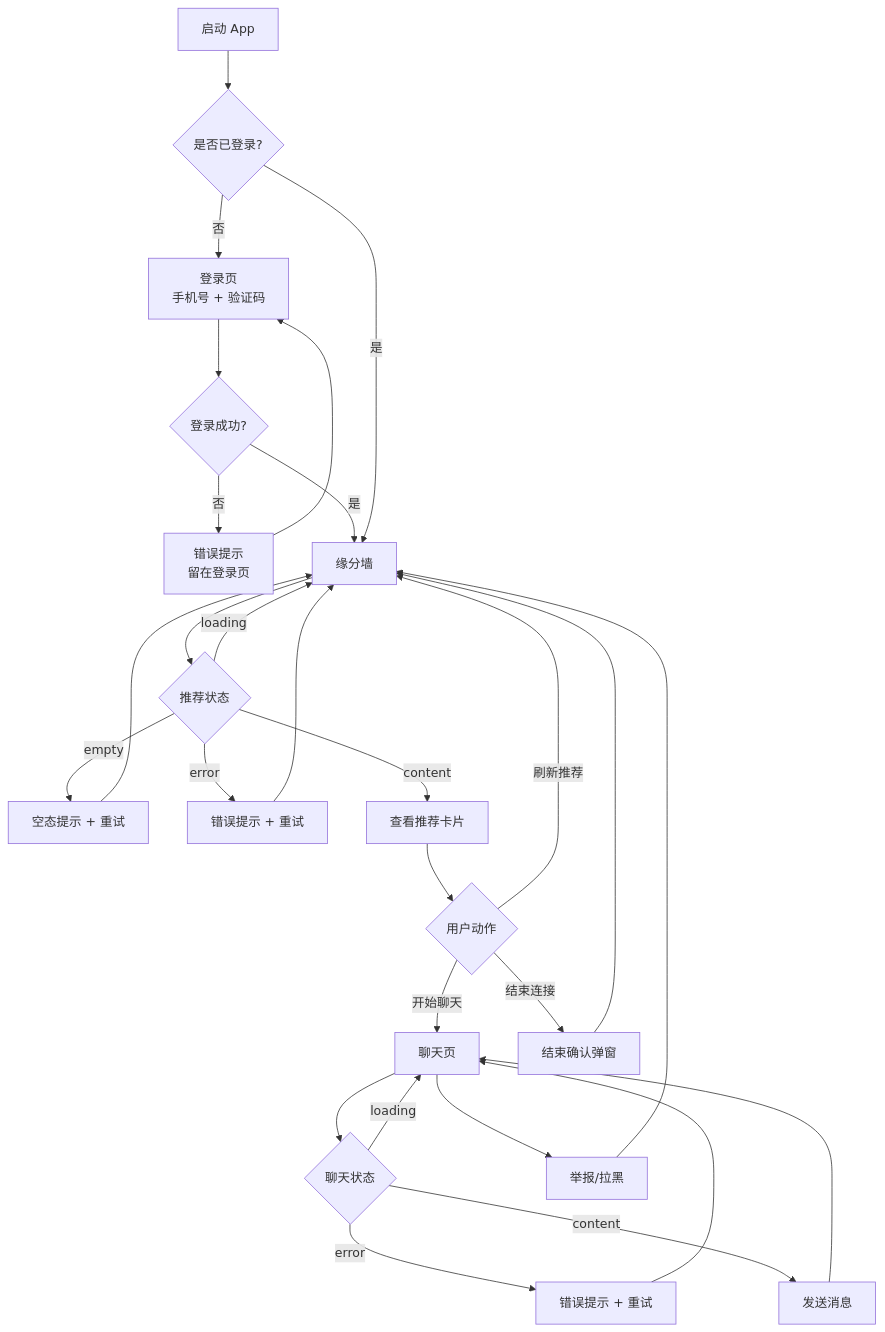
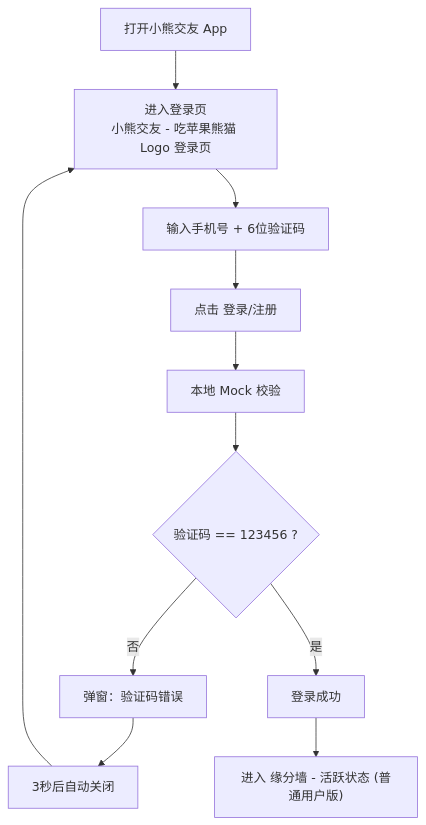
The diagram in panda-mobile/docs/product/interaction-flow.md (xiahuyun/panda), drawn with Mermaid before and after one commit. The commit also changed other lines of this file and 9 other files, not shown here.

Commit message:
docs: align mvp scope and mock-based login flow

````diff
--- a/panda-mobile/docs/product/interaction-flow.md
+++ b/panda-mobile/docs/product/interaction-flow.md
@@ -5,34 +5,13 @@
 ```mermaid
 flowchart TD
-  A["启动 App"] --> B{"是否已登录?"}
-  B -- "否" --> C["登录页<br/>手机号 + 验证码"]
-  C --> D{"登录成功?"}
-  D -- "否" --> E["错误提示<br/>留在登录页"]
-  E --> C
-  D -- "是" --> F["缘分墙"]
-  B -- "是" --> F
-
-  F --> G{"推荐状态"}
-  G -- "loading" --> F
-  G -- "empty" --> H["空态提示 + 重试"]
-  H --> F
-  G -- "error" --> I["错误提示 + 重试"]
-  I --> F
-  G -- "content" --> J["查看推荐卡片"]
-
-  J --> K{"用户动作"}
-  K -- "开始聊天" --> L["聊天页"]
-  K -- "刷新推荐" --> F
-  K -- "结束连接" --> M["结束确认弹窗"]
-  M --> F
-
-  L --> N{"聊天状态"}
-  N -- "loading" --> L
-  N -- "error" --> O["错误提示 + 重试"]
-  O --> L
-  N -- "content" --> P["发送消息"]
-  P --> L
-
-  L --> Q["举报/拉黑"]
-  Q --> F
+  A["打开小熊交友 App"] --> B["进入登录页<br/>小熊交友 - 吃苹果熊猫 Logo 登录页"]
+  B --> C["输入手机号 + 6位验证码"]
+  C --> D["点击 登录/注册"]
+  D --> E["本地 Mock 校验"]
+  E --> F{"验证码 == 123456 ?"}
+  F -- "否" --> G["弹窗：验证码错误"]
+  G --> H["3秒后自动关闭"]
+  H --> B
+  F -- "是" --> I["登录成功"]
+  I --> J["进入 缘分墙 - 活跃状态 (普通用户版)"]
 ```
````
